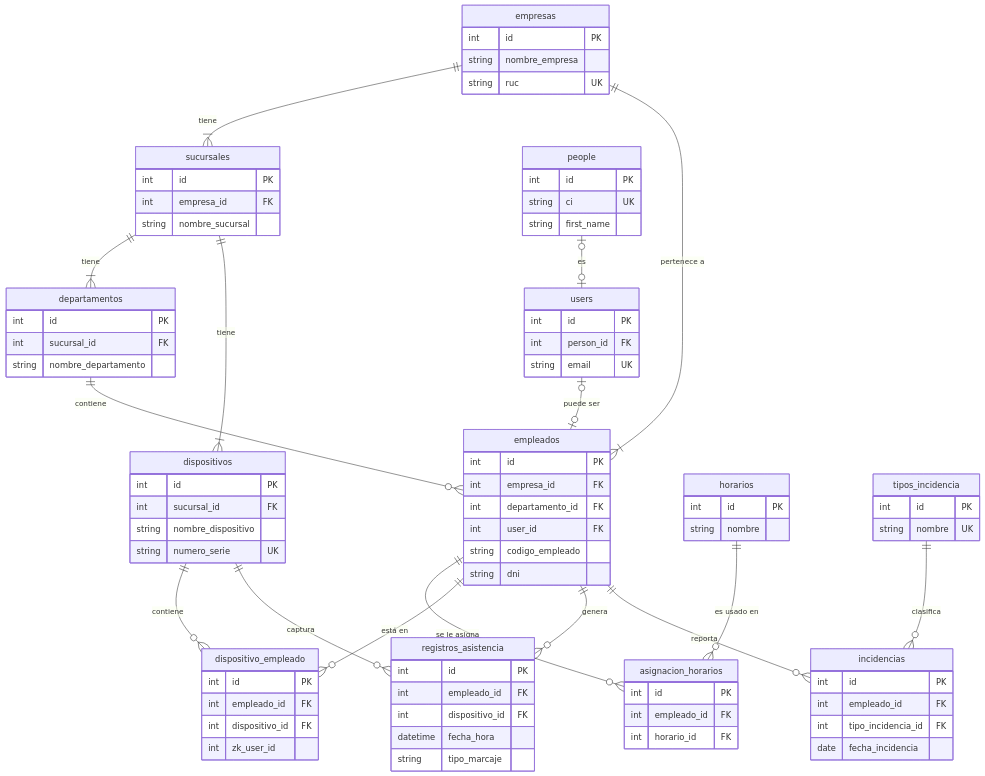
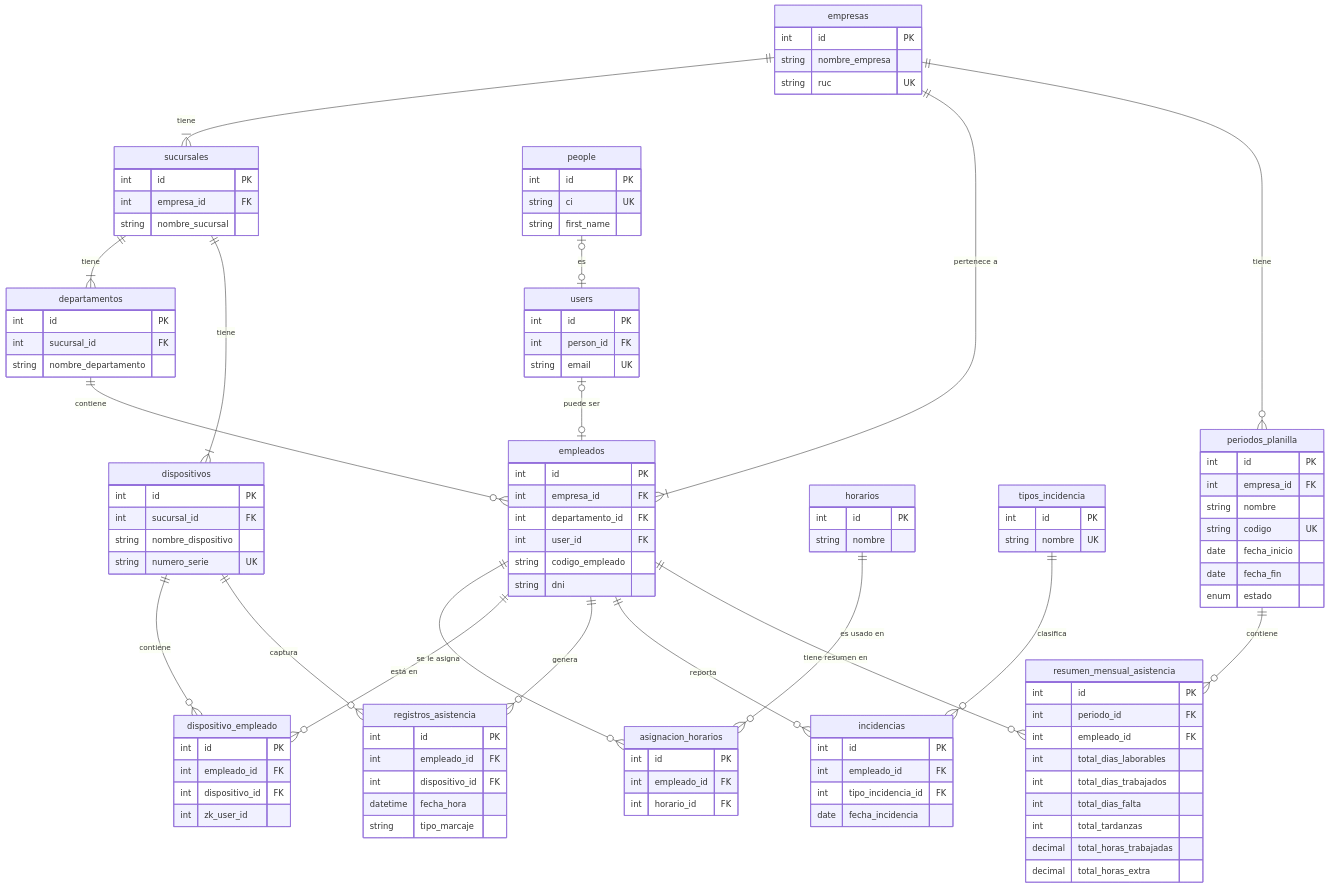
Before and after one commit to MiltonDanielhch/bio: the diagram in documentacion/Desarrollador/Documentación General/02_base_de_datos.md, drawn with Mermaid. The commit also changed other lines of this file and 20 other files, not shown here.

````diff
--- a/documentacion/Desarrollador/Documentación General/02_base_de_datos.md
+++ b/documentacion/Desarrollador/Documentación General/02_base_de_datos.md
@@ -91,6 +91,28 @@
         string nombre UK
     }
 
+    periodos_planilla {
+        int id PK
+        int empresa_id FK
+        string nombre
+        string codigo UK
+        date fecha_inicio
+        date fecha_fin
+        enum estado
+    }
+
+    resumen_mensual_asistencia {
+        int id PK
+        int periodo_id FK
+        int empleado_id FK
+        int total_dias_laborables
+        int total_dias_trabajados
+        int total_dias_falta
+        int total_tardanzas
+        decimal total_horas_trabajadas
+        decimal total_horas_extra
+    }
+
     empresas ||--|{ sucursales : "tiene"
     sucursales ||--|{ departamentos : "tiene"
     sucursales ||--|{ dispositivos : "tiene"
@@ -106,4 +128,7 @@
     dispositivos ||--o{ registros_asistencia : "captura"
     empleados ||--o{ incidencias : "reporta"
     tipos_incidencia ||--o{ incidencias : "clasifica"
+    empresas ||--o{ periodos_planilla : "tiene"
+    periodos_planilla ||--o{ resumen_mensual_asistencia : "contiene"
+    empleados ||--o{ resumen_mensual_asistencia : "tiene resumen en"
 ```
````
